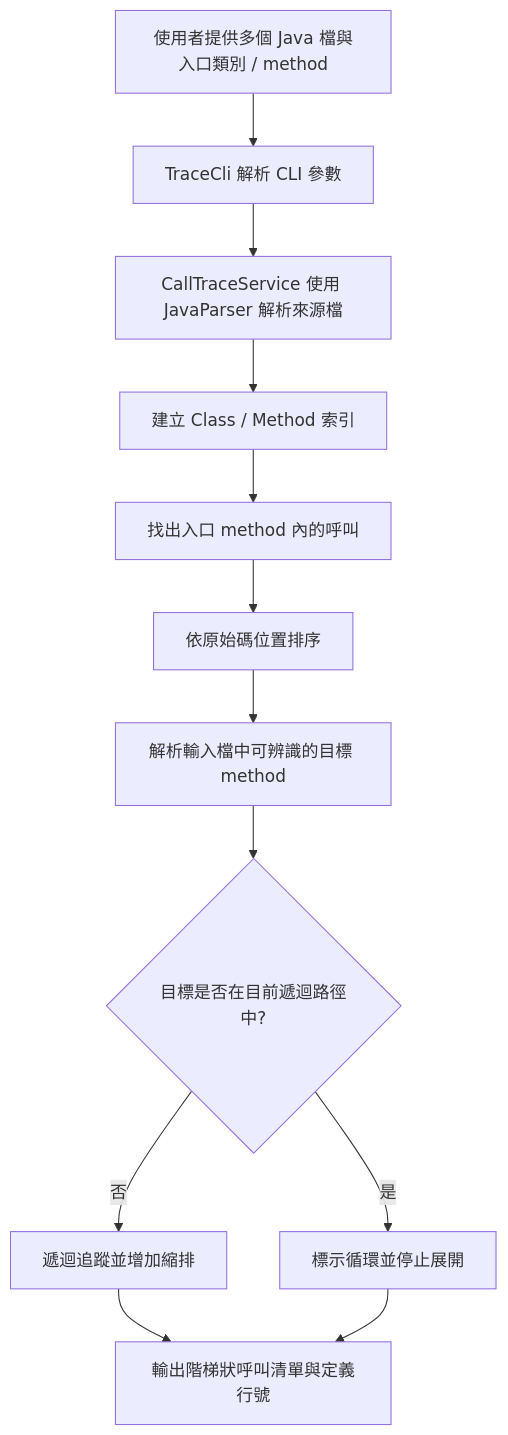
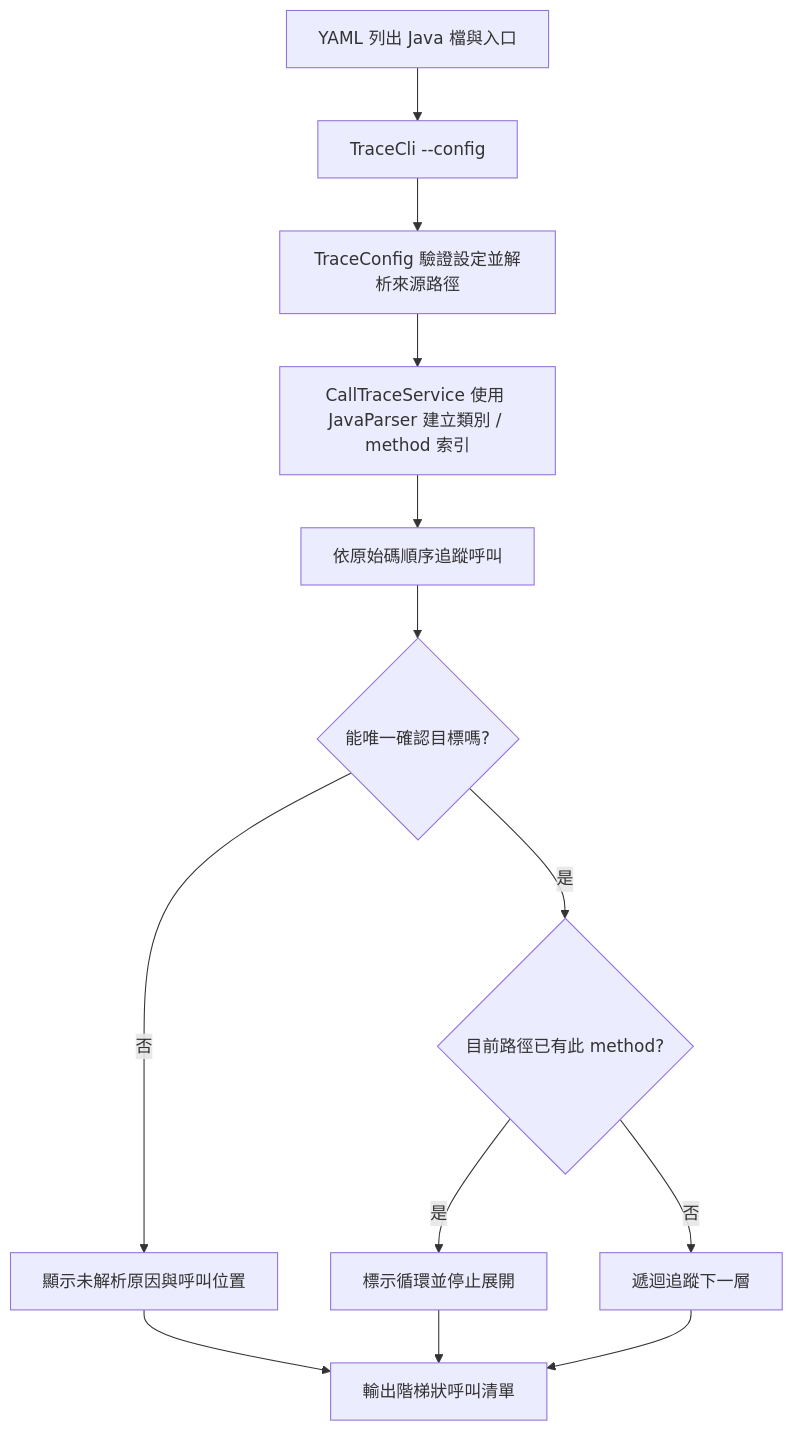
Before and after one commit to ericlight0025/JavaParser: the diagram in README.md, drawn with Mermaid. The commit also changed other lines of this file and 9 other files, not shown here.

Commit message:
feat: add YAML CLI and explicit unresolved calls

````diff
--- a/README.md
+++ b/README.md
@@ -19,14 +20,15 @@
 ```mermaid
 flowchart TD
-    A[使用者提供多個 Java 檔與入口類別 / method] --> B[TraceCli 解析 CLI 參數]
-    B --> C[CallTraceService 使用 JavaParser 解析來源檔]
-    C --> D[建立 Class / Method 索引]
-    D --> E[找出入口 method 內的呼叫]
-    E --> F[依原始碼位置排序]
-    F --> G[解析輸入檔中可辨識的目標 method]
-    G --> H{目標是否在目前遞迴路徑中?}
-    H -- 否 --> I[遞迴追蹤並增加縮排]
-    H -- 是 --> J[標示循環並停止展開]
-    I --> K[輸出階梯狀呼叫清單與定義行號]
+    A[YAML 列出 Java 檔與入口] --> B[TraceCli --config]
+    B --> C[TraceConfig 驗證設定並解析來源路徑]
+    C --> D[CallTraceService 使用 JavaParser 建立類別 / method 索引]
+    D --> E[依原始碼順序追蹤呼叫]
+    E --> F{能唯一確認目標嗎?}
+    F -- 否 --> G[顯示未解析原因與呼叫位置]
+    F -- 是 --> H{目前路徑已有此 method?}
+    H -- 是 --> I[標示循環並停止展開]
+    H -- 否 --> J[遞迴追蹤下一層]
+    G --> K[輸出階梯狀呼叫清單]
+    I --> K
     J --> K
 ```
````
